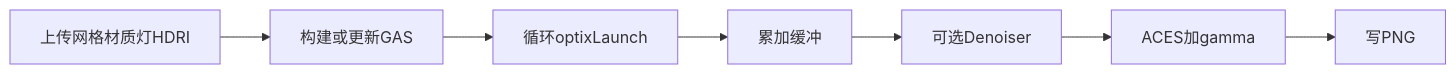
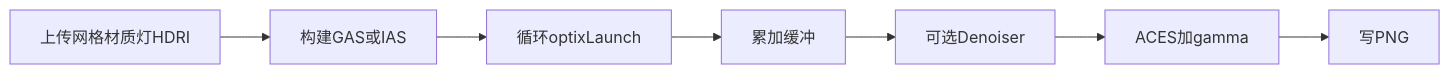
One commit to goooxu/LumenCore changed the diagram in docs/report/08-host-pipeline.md. Above: the diagram before and after it, drawn with Mermaid. The commit also changed other lines of this file and 29 other files, not shown here.

````diff
--- a/docs/report/08-host-pipeline.md
+++ b/docs/report/08-host-pipeline.md
@@ -7,9 +7,9 @@
 ```mermaid
 flowchart LR
-  upload[上传网格材质灯HDRI] --> gas[构建或更新GAS]
-  gas --> loop[循环optixLaunch]
+  upload[上传网格材质灯HDRI] --> accel[构建GAS或IAS]
+  accel --> loop[循环optixLaunch]
   loop --> accum[累加缓冲]
   accum --> denoise[可选Denoiser]
   denoise --> tonemap[ACES加gamma]
   tonemap --> png[写PNG]
 ```
````
